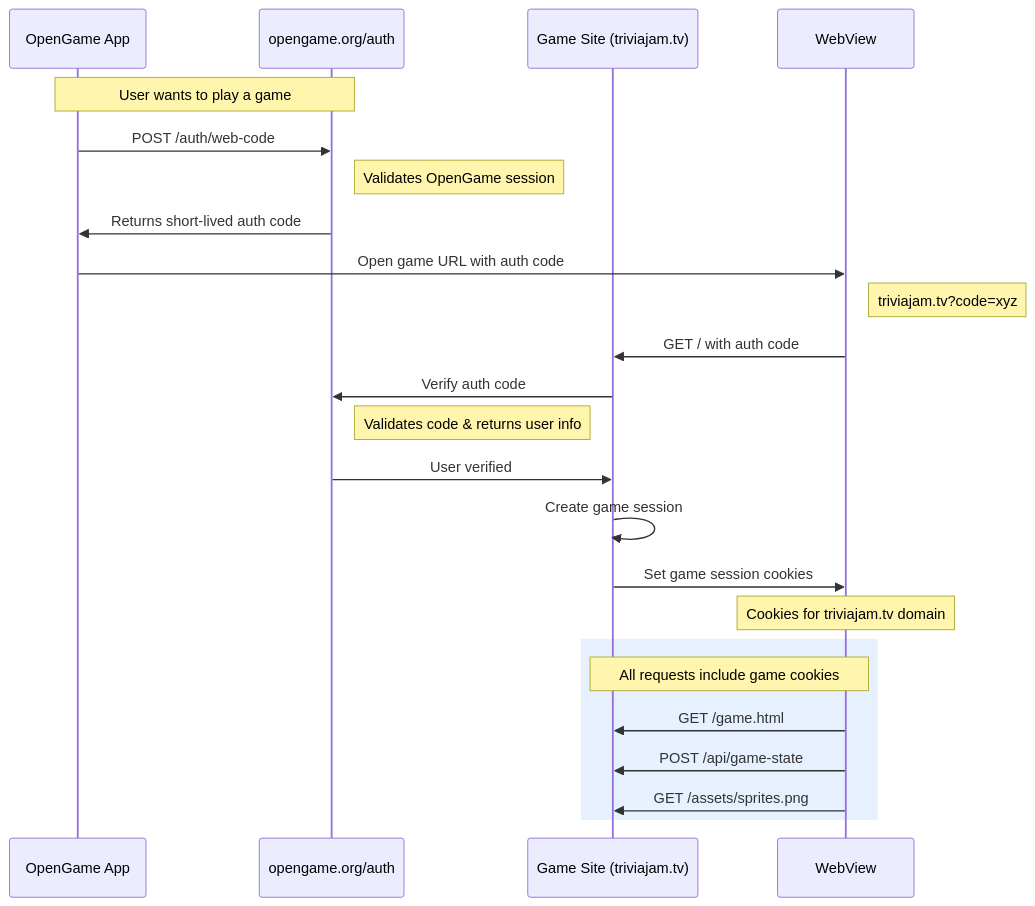
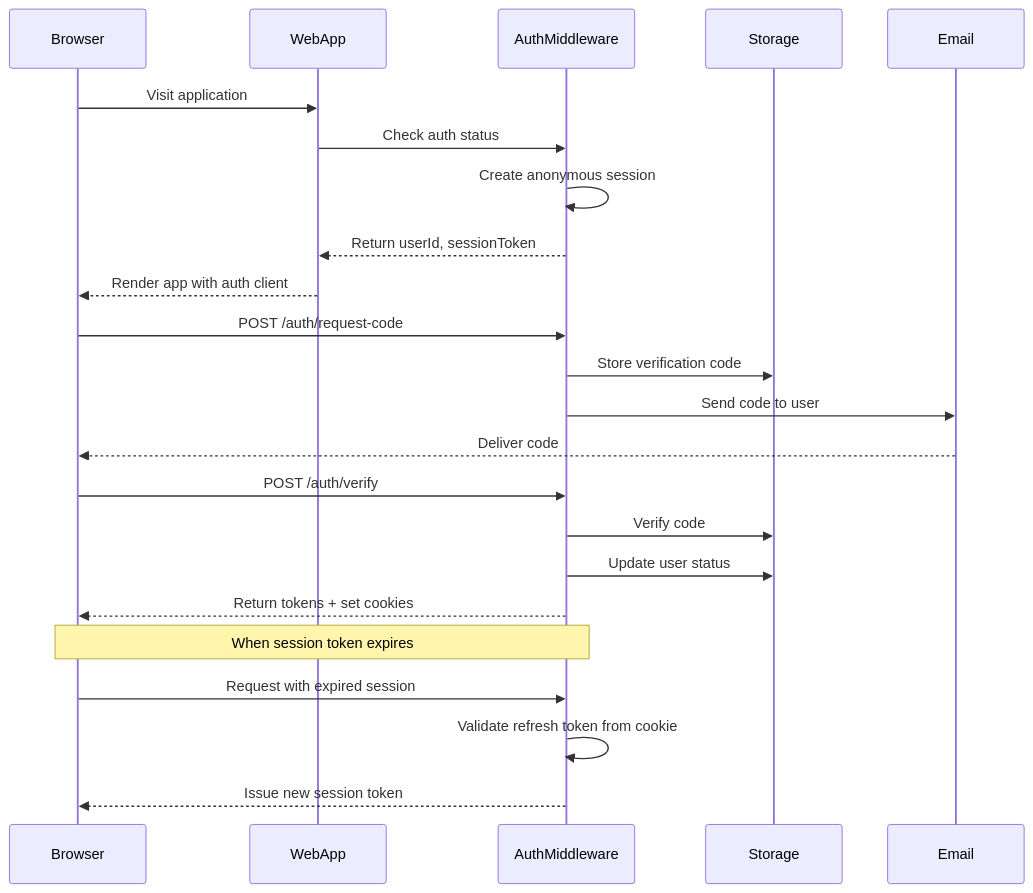
The third of 4 diagrams in README.md (open-game-collective/auth-kit), drawn with Mermaid before and after one commit. The commit also changed other lines of this file and 9 other files, not shown here.

````diff
--- a/README.md
+++ b/README.md
@@ -91,31 +466,32 @@
 ```mermaid
 sequenceDiagram
-    participant M as OpenGame App
-    participant A as opengame.org/auth
-    participant G as Game Site (triviajam.tv)
-    participant W as WebView
-
-    Note over M,A: User wants to play a game
-    M->>A: POST /auth/web-code
-    Note right of A: Validates OpenGame session
-    A->>M: Returns short-lived auth code
+    participant Browser
+    participant WebApp
+    participant AuthMiddleware
+    participant Storage
+    participant Email
     
-    M->>W: Open game URL with auth code
-    Note right of W: triviajam.tv?code=xyz
-    W->>G: GET / with auth code
+    %% Initial visit and anonymous session
+    Browser->>WebApp: Visit application
+    WebApp->>AuthMiddleware: Check auth status
+    AuthMiddleware->>AuthMiddleware: Create anonymous session
+    AuthMiddleware-->>WebApp: Return userId, sessionToken
+    WebApp-->>Browser: Render app with auth client
     
-    G->>A: Verify auth code
-    Note right of A: Validates code & returns user info
-    A->>G: User verified
+    %% Email verification flow
+    Browser->>AuthMiddleware: POST /auth/request-code
+    AuthMiddleware->>Storage: Store verification code
+    AuthMiddleware->>Email: Send code to user
+    Email-->>Browser: Deliver code
     
-    G->>G: Create game session
-    G->>W: Set game session cookies
-    Note over W: Cookies for triviajam.tv domain
+    Browser->>AuthMiddleware: POST /auth/verify
+    AuthMiddleware->>Storage: Verify code
+    AuthMiddleware->>Storage: Update user status
+    AuthMiddleware-->>Browser: Return tokens + set cookies
     
-    rect rgb(230, 240, 255)
-        Note over W,G: All requests include game cookies
-        W->>G: GET /game.html
-        W->>G: POST /api/game-state
-        W->>G: GET /assets/sprites.png
-    end
+    %% Token refresh flow
+    Note over Browser,AuthMiddleware: When session token expires
+    Browser->>AuthMiddleware: Request with expired session
+    AuthMiddleware->>AuthMiddleware: Validate refresh token from cookie
+    AuthMiddleware-->>Browser: Issue new session token
 ```
````
